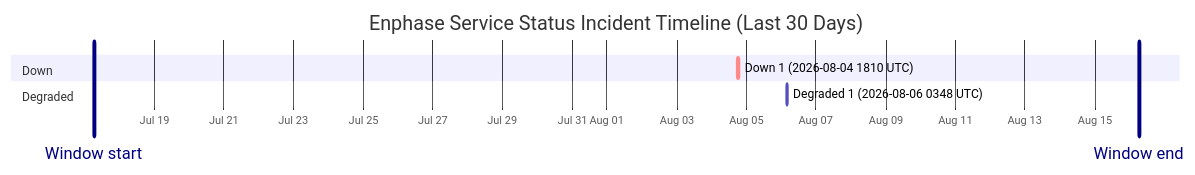
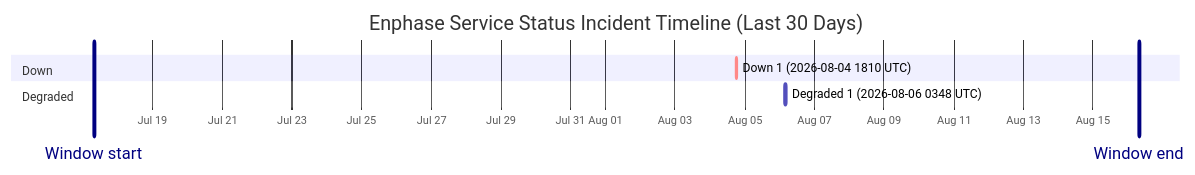
Before and after one commit to barneyonline/ha-enphase-energy: the diagram in wiki/Service-Status-History.md, drawn with Mermaid. The commit also changed other lines of this file and 3 other files, not shown here.

````diff
--- a/wiki/Service-Status-History.md
+++ b/wiki/Service-Status-History.md
@@ -14,12 +14,12 @@
 ```mermaid
 gantt
     title Enphase Service Status Incident Timeline (Last 30 Days)
     dateFormat  YYYY-MM-DDTHH:mm:ss
     axisFormat  %b %d
-    Window start :vert, window-start, 2026-07-17T06:36:28, 0ms
-    Window end :vert, window-end, 2026-08-16T06:36:28, 0ms
+    Window start :vert, window-start, 2026-07-17T07:28:50, 0ms
+    Window end :vert, window-end, 2026-08-16T07:28:50, 0ms
     section Down
     Down 1 (2026-08-04 1810 UTC) :crit, down-1, 2026-08-04T18:10:46, 60m
     section Degraded
     Degraded 1 (2026-08-06 0348 UTC) :active, degraded-1, 2026-08-06T03:48:14, 60m
 ```
````
